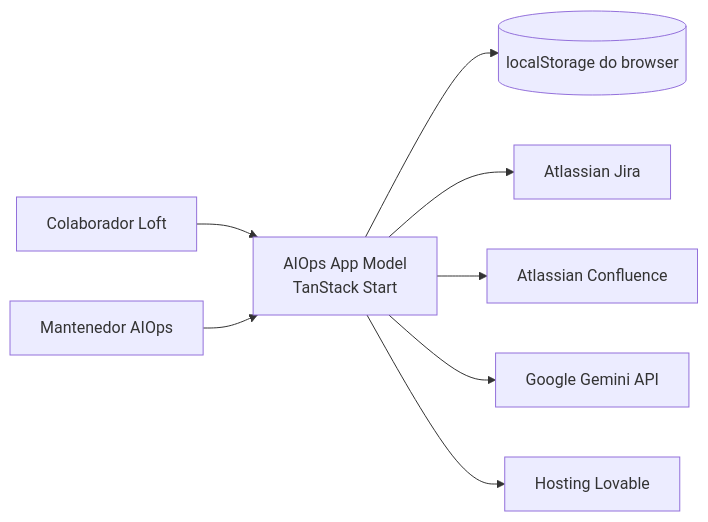
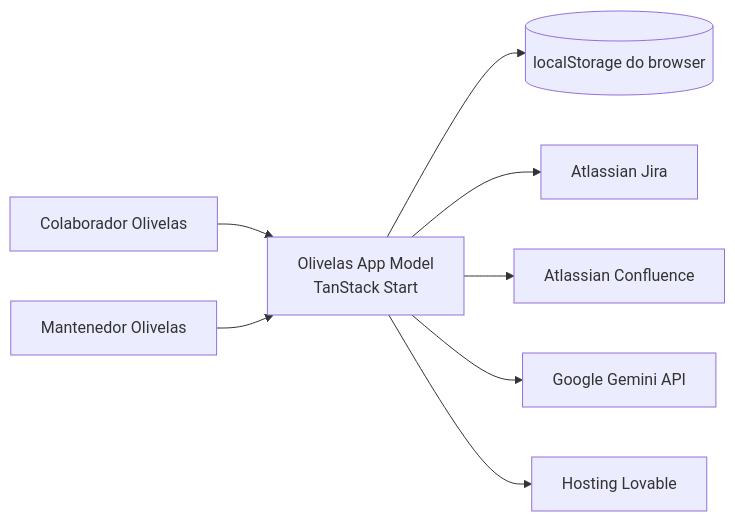
The diagram in docs/pt-BR/architecture/system-context.md (pycriador/olivelas-epicbuilder), drawn with Mermaid before and after one commit. The commit also changed other lines of this file and 100 other files, not shown here.

Commit message:
feat: rebrand AIOps/Loft to Olivelas and update documentation

````diff
--- a/docs/pt-BR/architecture/system-context.md
+++ b/docs/pt-BR/architecture/system-context.md
@@ -95,10 +95,10 @@
 ```mermaid
 flowchart LR
-  Colaborador[Colaborador Loft] --> Portal[AIOps App Model\nTanStack Start]
-  Mantenedor[Mantenedor AIOps] --> Portal
+  Colaborador[Colaborador Olivelas] --> Portal[Olivelas App Model\nTanStack Start]
+  Mantenedor[Mantenedor Olivelas] --> Portal
   Portal --> LS[(localStorage do browser)]
   Portal --> Jira[Atlassian Jira]
   Portal --> Conf[Atlassian Confluence]
   Portal --> Gemini[Google Gemini API]
   Portal --> Lovable[Hosting Lovable]
 ```
````
